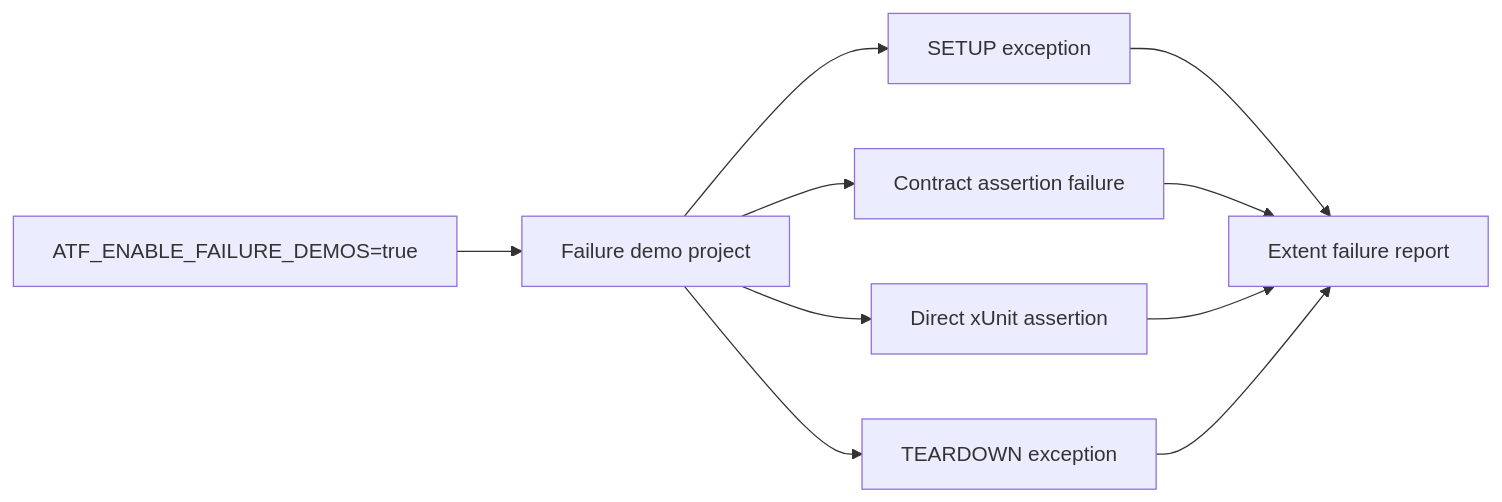
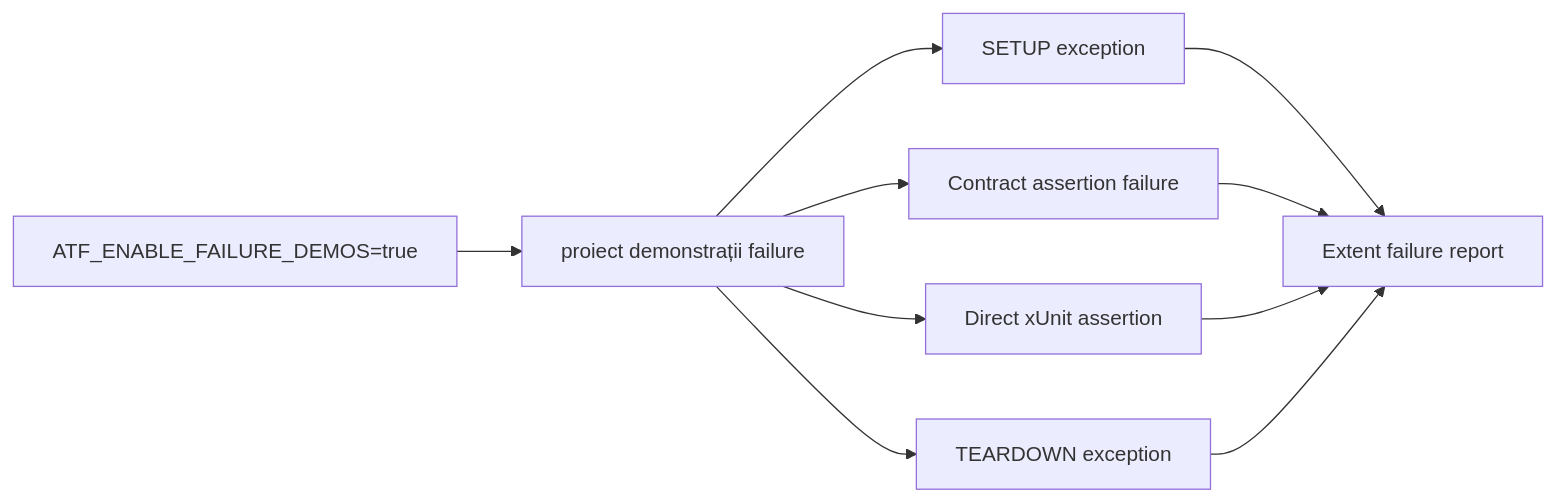
The diagram in Atf.Tests/Atf.Api.FailureDemos/README.md (crististefanita/CS1), drawn with Mermaid before and after one commit. The commit also changed other lines of this file and 1 other file, not shown here.

````diff
--- a/Atf.Tests/Atf.Api.FailureDemos/README.md
+++ b/Atf.Tests/Atf.Api.FailureDemos/README.md
@@ -41,12 +41,12 @@
 ```mermaid
 flowchart LR
-    Run[ATF_ENABLE_FAILURE_DEMOS=true] --> Suite[Failure demo project]
+    Run[ATF_ENABLE_FAILURE_DEMOS=true] --> Suite[proiect demonstrații failure]
     Suite --> Setup[SETUP exception]
     Suite --> Contract[Contract assertion failure]
     Suite --> Direct[Direct xUnit assertion]
     Suite --> Teardown[TEARDOWN exception]
     Setup --> Report[Extent failure report]
     Contract --> Report
     Direct --> Report
     Teardown --> Report
 ```
````
